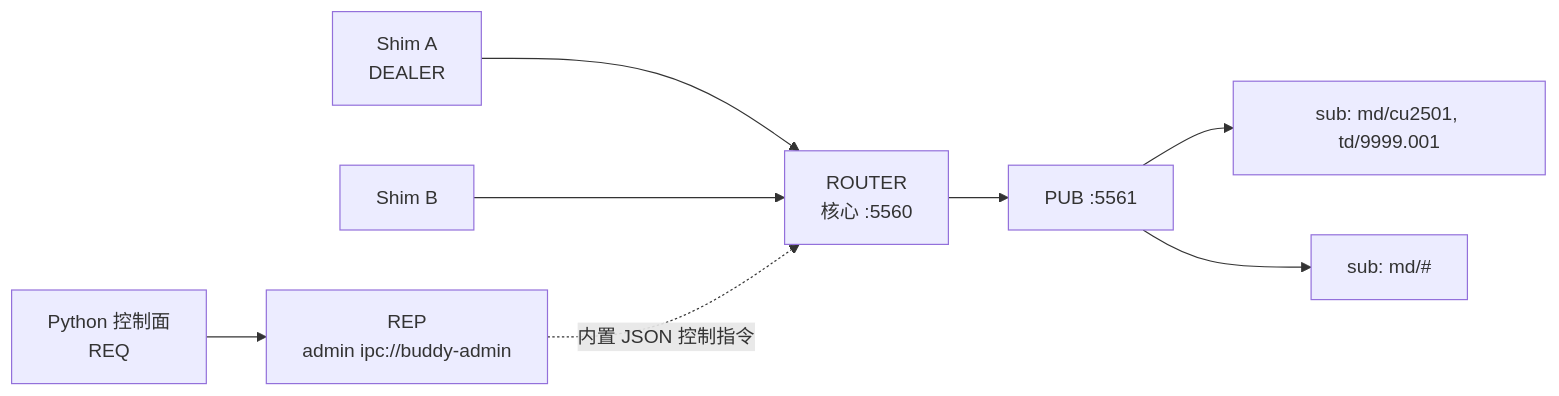
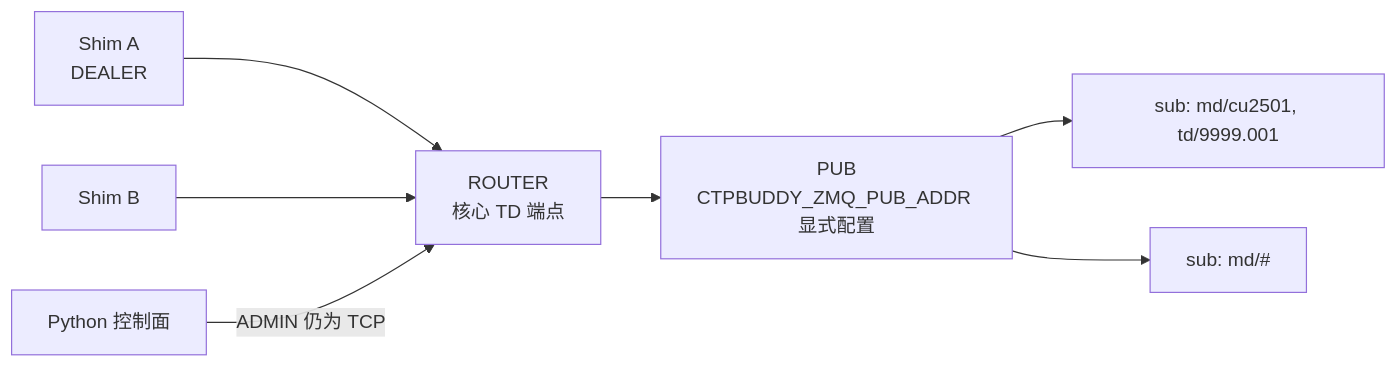
One commit to charleszu/ctpbuddy changed the third of 3 diagrams in DESIGN.md. Above: the diagram before and after it, drawn with Mermaid. The commit also changed other lines of this file and 79 other files, not shown here.

````diff
--- a/DESIGN.md
+++ b/DESIGN.md
@@ -244,10 +260,9 @@
 ```mermaid
 flowchart LR
-  S1[Shim A<br/>DEALER] --> R[ROUTER<br/>核心 :5560]
+  S1[Shim A<br/>DEALER] --> R[ROUTER<br/>核心 TD 端点]
   S2[Shim B] --> R
-  R --> P1[PUB :5561]
+  R --> P1[PUB<br/>CTPBUDDY_ZMQ_PUB_ADDR 显式配置]
   P1 --> SS1[sub: md/cu2501, td/9999.001]
   P1 --> SS2[sub: md/#]
-  W[Python 控制面<br/>REQ] --> RA[REP<br/>admin ipc://buddy-admin]
-  RA -.内置 JSON 控制指令.-> R
+  W[Python 控制面] -->|ADMIN 仍为 TCP| R
 ```
````
